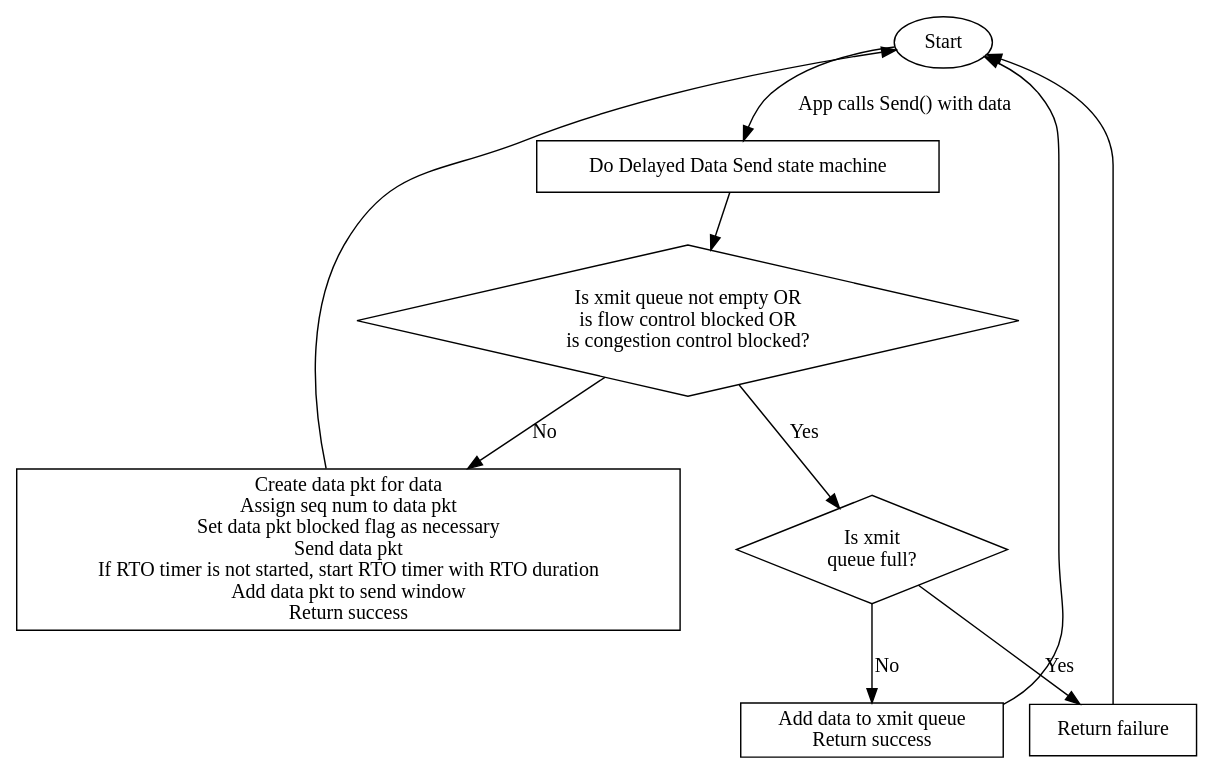
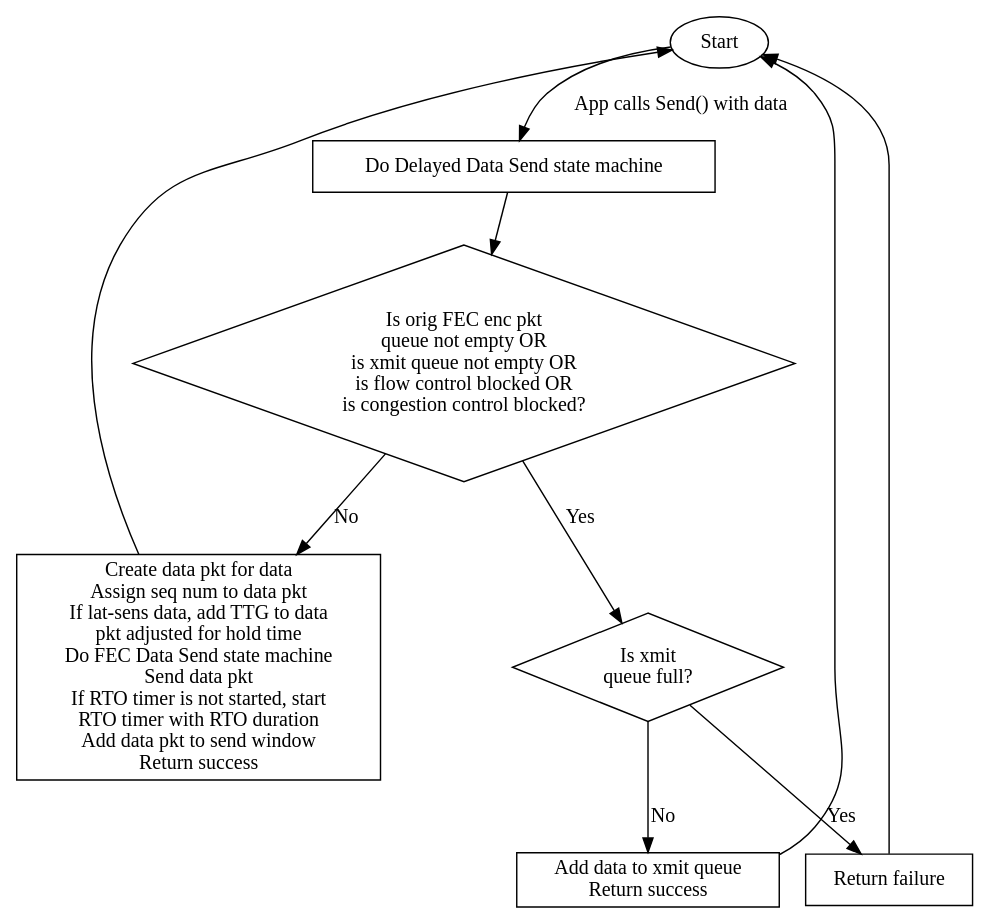
Before and after one commit to raytheonbbn/IRON: the diagram in iron/sliq/doc/sliq_data_send.dot, drawn with Graphviz. The commit also changed 199 other files, not shown here.

```diff
--- a/iron/sliq/doc/sliq_data_send.dot
+++ b/iron/sliq/doc/sliq_data_send.dot
@@ -1,23 +1,23 @@
 digraph sliq_data_send {
     strt [ shape = ellipse, label = "Start" ];
     blk1 [ shape = box,     label = "Do Delayed Data Send state machine" ];
-    blk2 [ shape = box,     label = "Create data pkt for data\nAssign seq num to data pkt\nSet data pkt blocked flag as necessary\nSend data pkt\nIf RTO timer is not started, start RTO timer with RTO duration\nAdd data pkt to send window\nReturn success" ];
+    blk2 [ shape = box,     label = "Create data pkt for data\nAssign seq num to data pkt\nIf lat-sens data, add TTG to data\npkt adjusted for hold time\nDo FEC Data Send state machine\nSend data pkt\nIf RTO timer is not started, start\nRTO timer with RTO duration\nAdd data pkt to send window\nReturn success" ];
     blk3 [ shape = box,     label = "Add data to xmit queue\nReturn success" ];
     blk4 [ shape = box,     label = "Return failure" ];
-    dsc1 [ shape = diamond, label = "Is xmit queue not empty OR\nis flow control blocked OR\nis congestion control blocked?" ];
+    dsc1 [ shape = diamond, label = "Is orig FEC enc pkt\nqueue not empty OR\nis xmit queue not empty OR\nis flow control blocked OR\nis congestion control blocked?" ];
     dsc2 [ shape = diamond, label = "Is xmit\nqueue full?" ];
 
     strt -> blk1 [ label = "App calls Send() with data" ];
     blk1 -> dsc1;
 
     dsc1 -> dsc2 [ label = "Yes" ];
     dsc1 -> blk2 [ label = "No" ];
 
     blk2 -> strt
 
     dsc2 -> blk3 [ label = "No" ];
     blk3 -> strt
 
     dsc2 -> blk4 [ label = "Yes" ];
     blk4 -> strt;
 }
```
